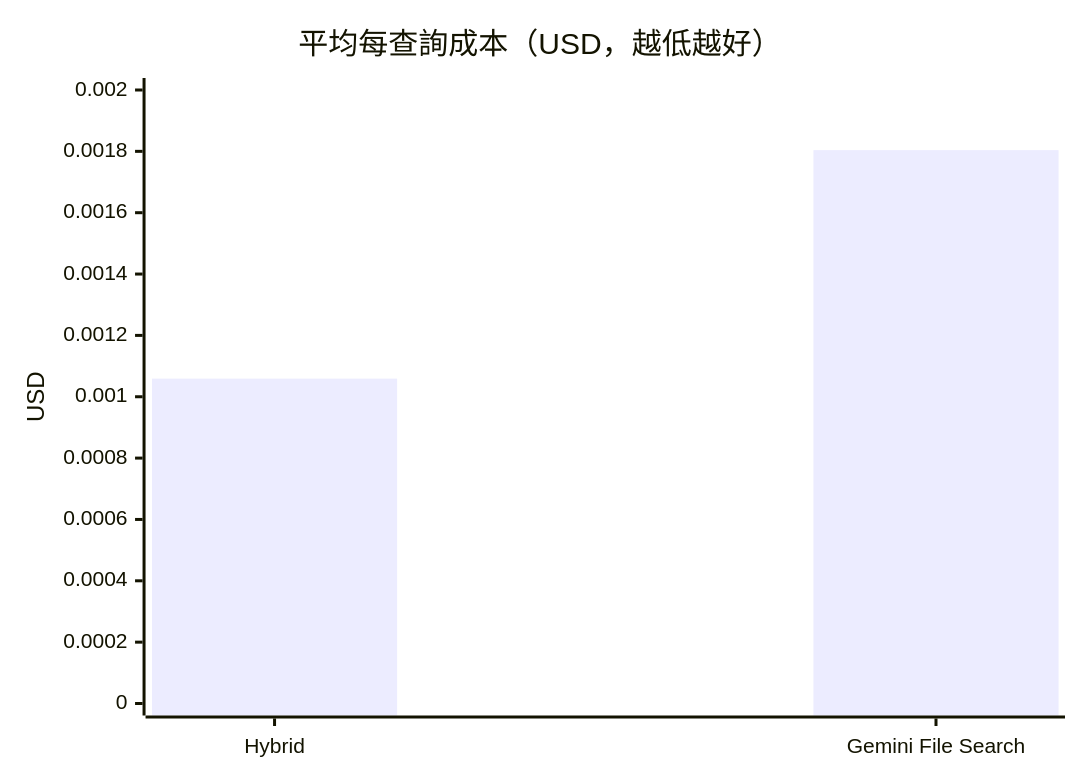
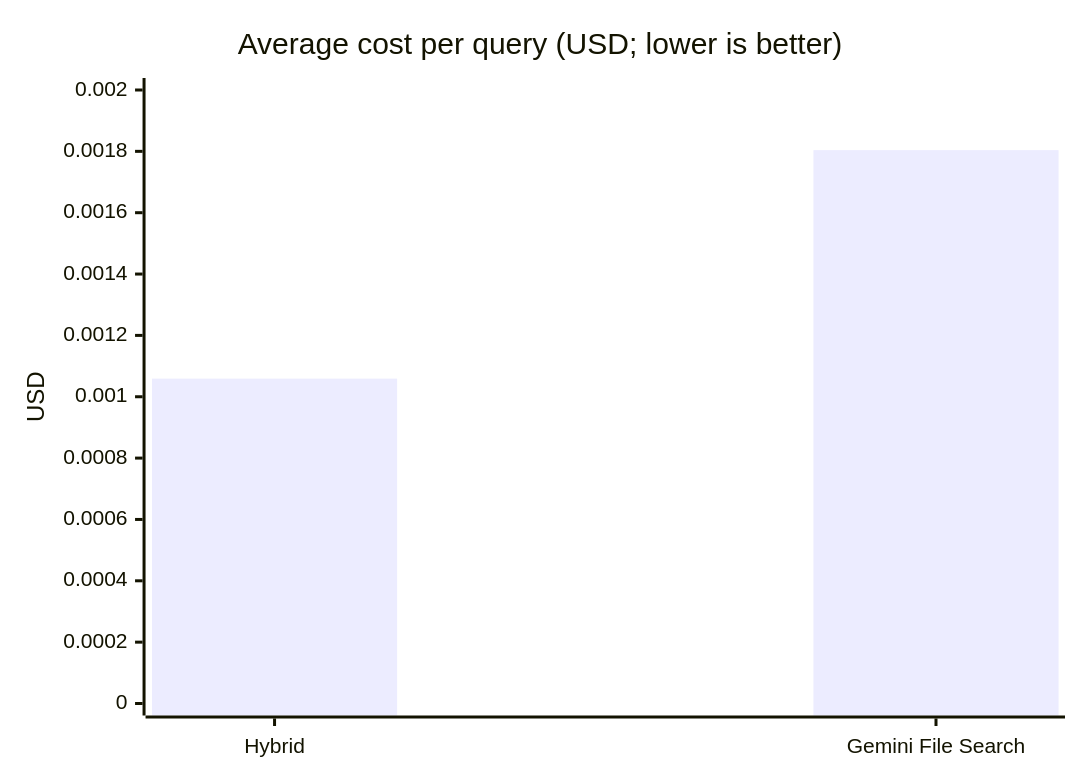
One commit to poirotw66/teams-agent changed the second of 2 diagrams in README.md. Above: the diagram before and after it, drawn with Mermaid. The commit also changed other lines of this file and 6 other files, not shown here.

````diff
--- a/README.md
+++ b/README.md
@@ -615,7 +647,7 @@
 ```mermaid
 xychart-beta
-    title "平均每查詢成本（USD，越低越好）"
+    title "Average cost per query (USD; lower is better)"
     x-axis ["Hybrid", "Gemini File Search"]
     y-axis "USD" 0 --> 0.002
     bar [0.001059, 0.001804]
 ```
````
